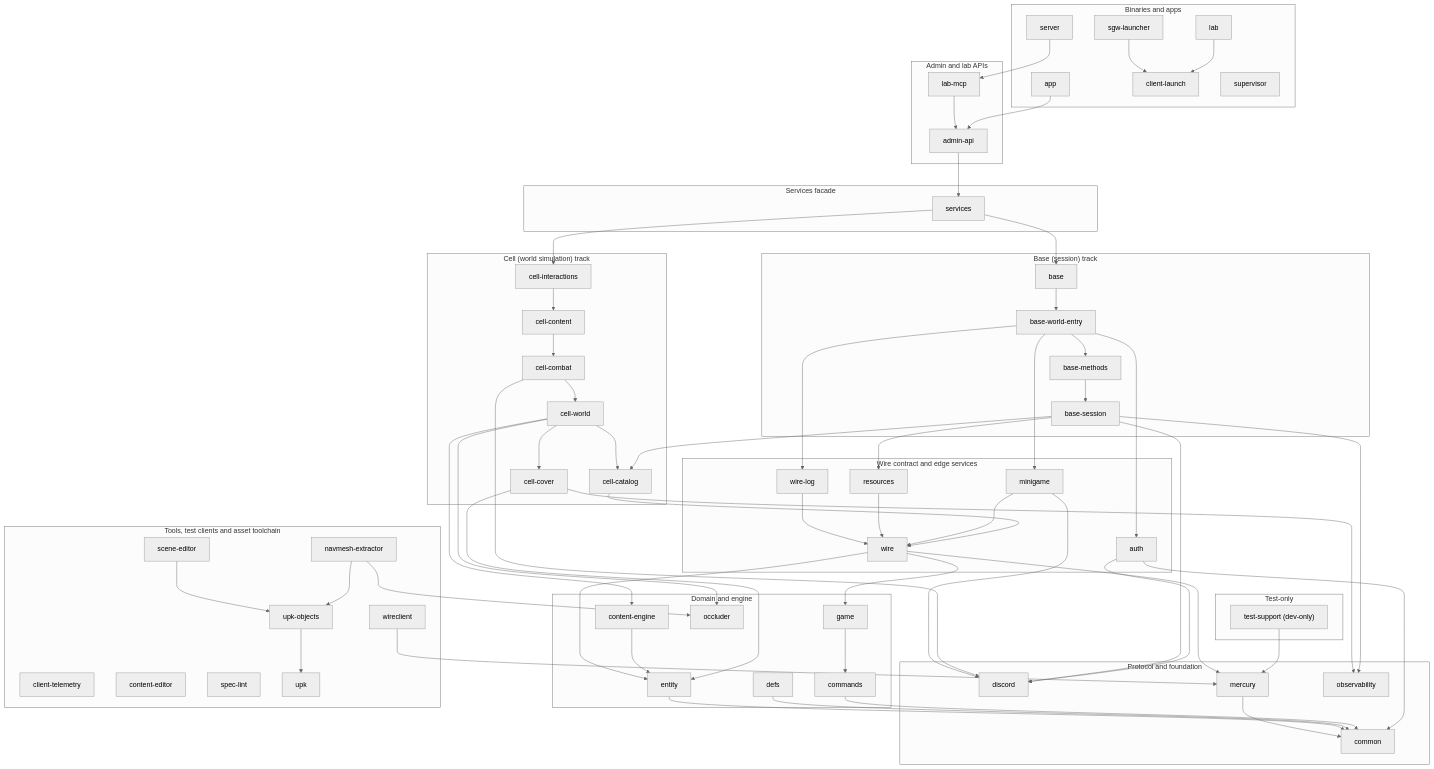
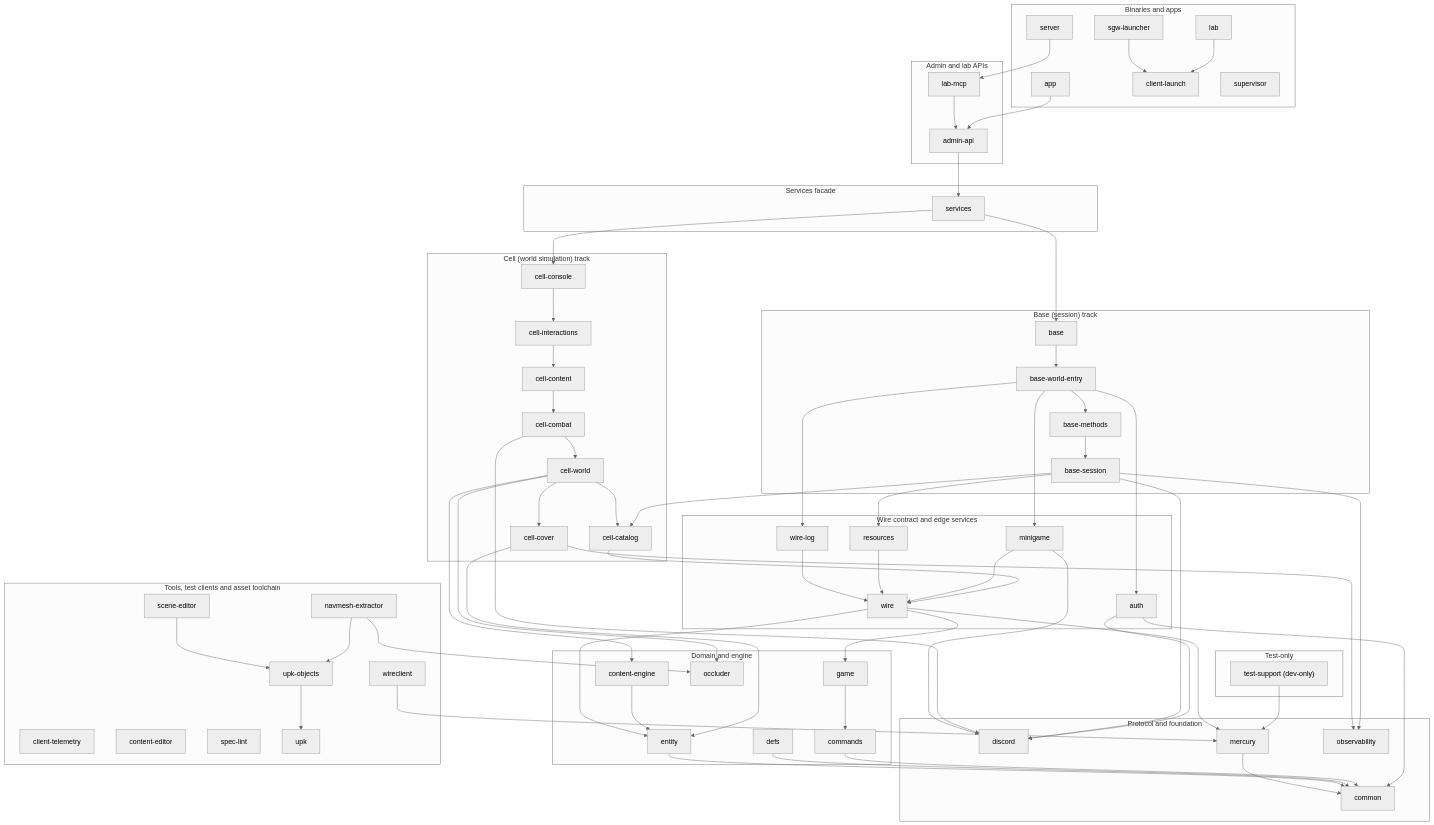
One commit to SandboxServers/Cimmeria changed the diagram in README.md. Above: the diagram before and after it, drawn with Mermaid. The commit also changed other lines of this file and 89 other files, not shown here.

```diff
--- a/README.md
+++ b/README.md
@@ -116,6 +116,7 @@
     subgraph grp_cell["Cell (world simulation) track"]
         cellCatalog["cell-catalog"]
         cellCombat["cell-combat"]
+        cellConsole["cell-console"]
         cellContent["cell-content"]
         cellCover["cell-cover"]
         cellInteractions["cell-interactions"]
@@ -178,6 +179,7 @@
     cellCatalog --> wire
     cellCombat --> cellWorld
     cellCombat --> discord
+    cellConsole --> cellInteractions
     cellContent --> cellCombat
     cellCover --> entity
     cellCover --> observability
@@ -202,7 +204,7 @@
     sceneEditor --> upkObjects
     server --> labMcp
     services --> base
-    services --> cellInteractions
+    services --> cellConsole
     testSupport --> mercury
     upkObjects --> upk
     wire --> entity
```
